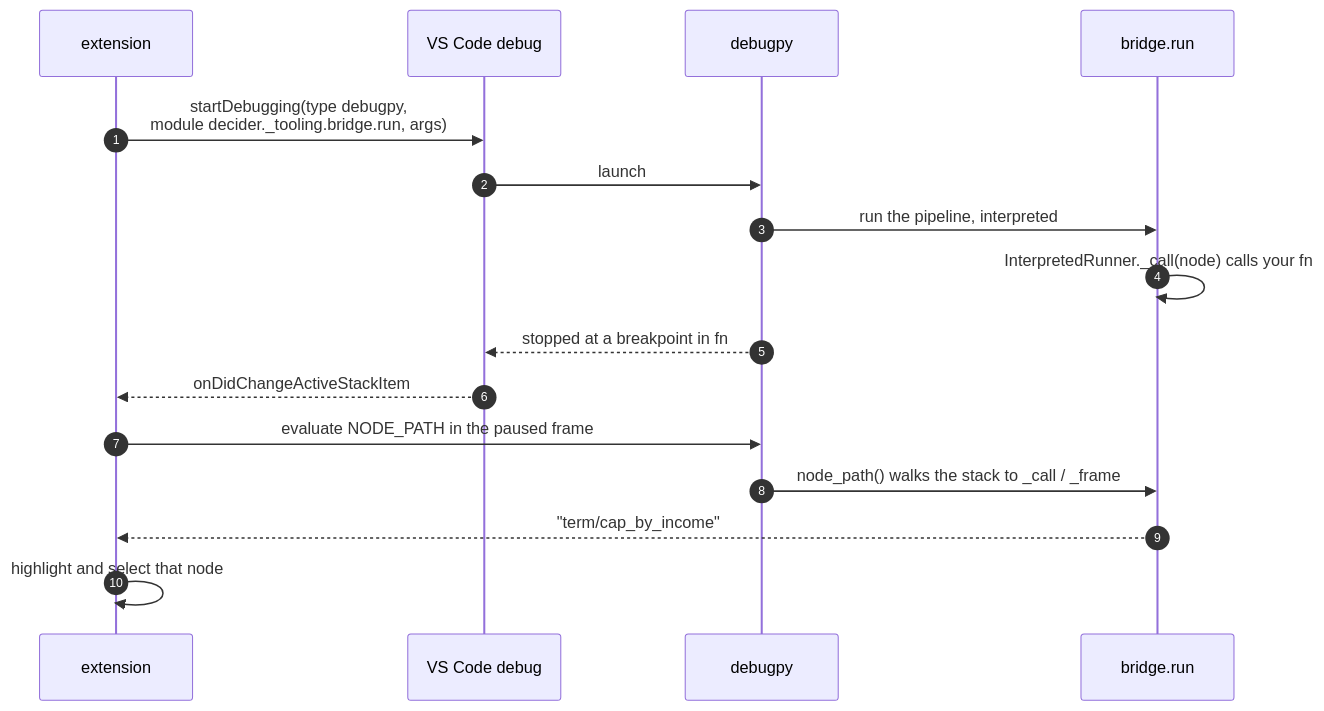
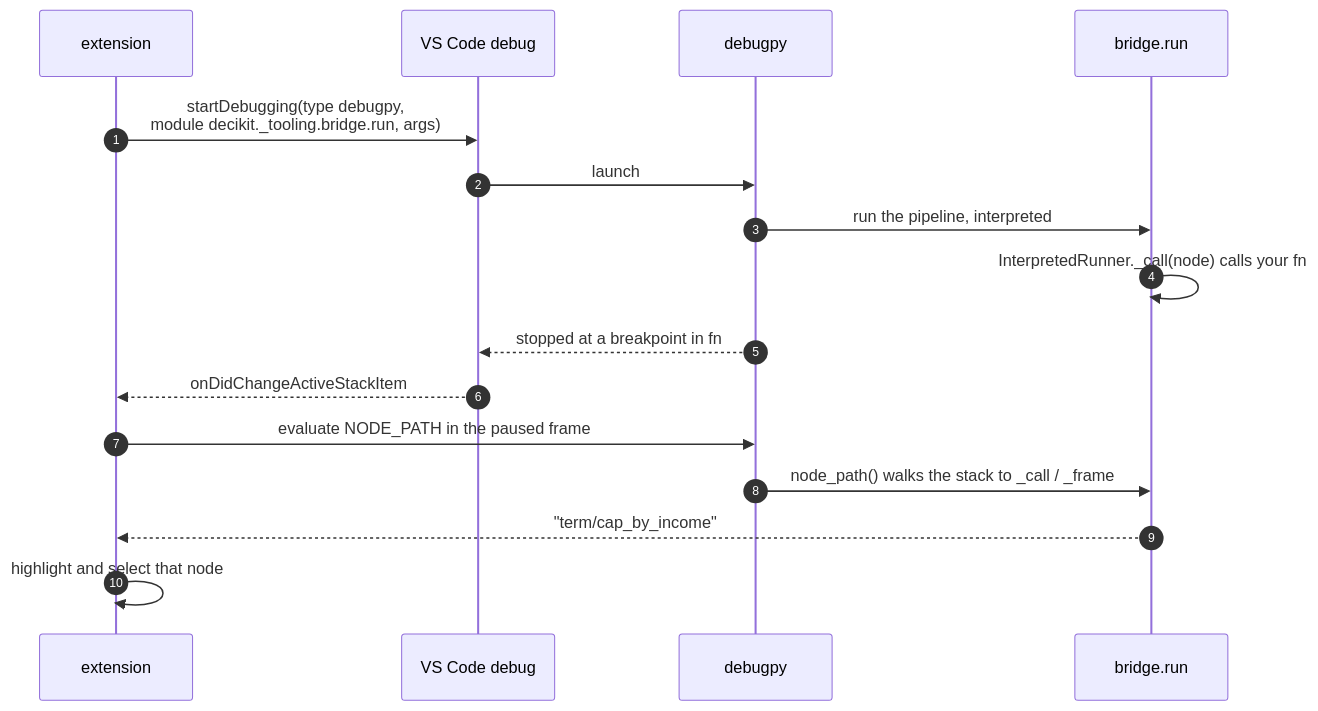
The third of 4 diagrams in docs/architecture/editor-bridge.md (capitec/dsp-decision-engine), drawn with Mermaid before and after one commit. The commit also changed other lines of this file and 1292 other files, not shown here.

Commit message:
rename decider to decikit: package, CLI, DECIKIT_* settings, plugin, extension, docs prose says decider toolkit

````diff
--- a/docs/architecture/editor-bridge.md
+++ b/docs/architecture/editor-bridge.md
@@ -276,18 +276,18 @@
 ```mermaid
 sequenceDiagram
     autonumber
     participant X as extension
     participant V as VS Code debug
     participant P as debugpy
     participant R as bridge.run
-    X->>V: startDebugging(type debugpy,<br/>module decider._tooling.bridge.run, args)
+    X->>V: startDebugging(type debugpy,<br/>module decikit._tooling.bridge.run, args)
     V->>P: launch
     P->>R: run the pipeline, interpreted
     R->>R: InterpretedRunner._call(node) calls your fn
     P-->>V: stopped at a breakpoint in fn
     V-->>X: onDidChangeActiveStackItem
     X->>P: evaluate NODE_PATH in the paused frame
     P->>R: node_path() walks the stack to _call / _frame
     R-->>X: "term/cap_by_income"
     X->>X: highlight and select that node
 ```
````
